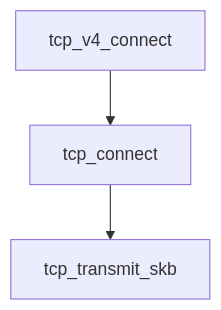
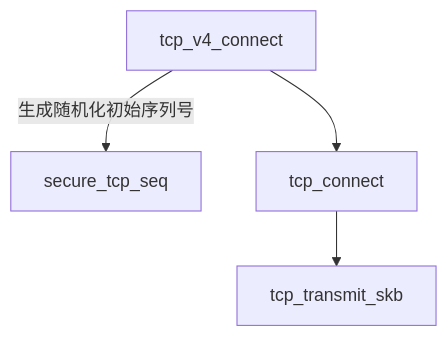
One commit to akai100/job_seek changed the diagram in 操作系统/Linux/三次握手机制.md. Above: the diagram before and after it, drawn with Mermaid. The commit also changed other lines of this file, not shown here.

````diff
--- a/操作系统/Linux/三次握手机制.md
+++ b/操作系统/Linux/三次握手机制.md
@@ -3,5 +3,6 @@
 ```mermaid
 graph TD
-    A[tcp_v4_connect] --> B[tcp_connect]
-    B --> C[tcp_transmit_skb]
+    A[tcp_v4_connect] -->|生成随机化初始序列号| D[secure_tcp_seq]
+    A --> E[tcp_connect]
+    E --> C[tcp_transmit_skb]
 ```
````
